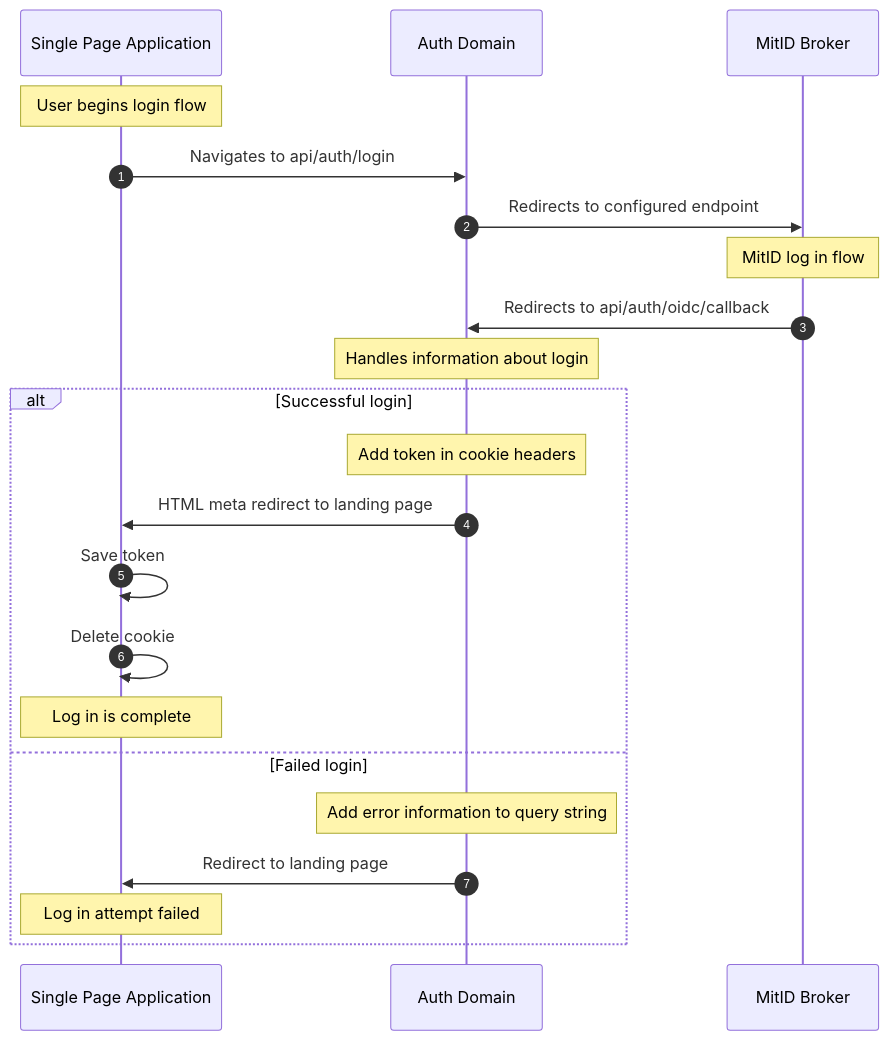
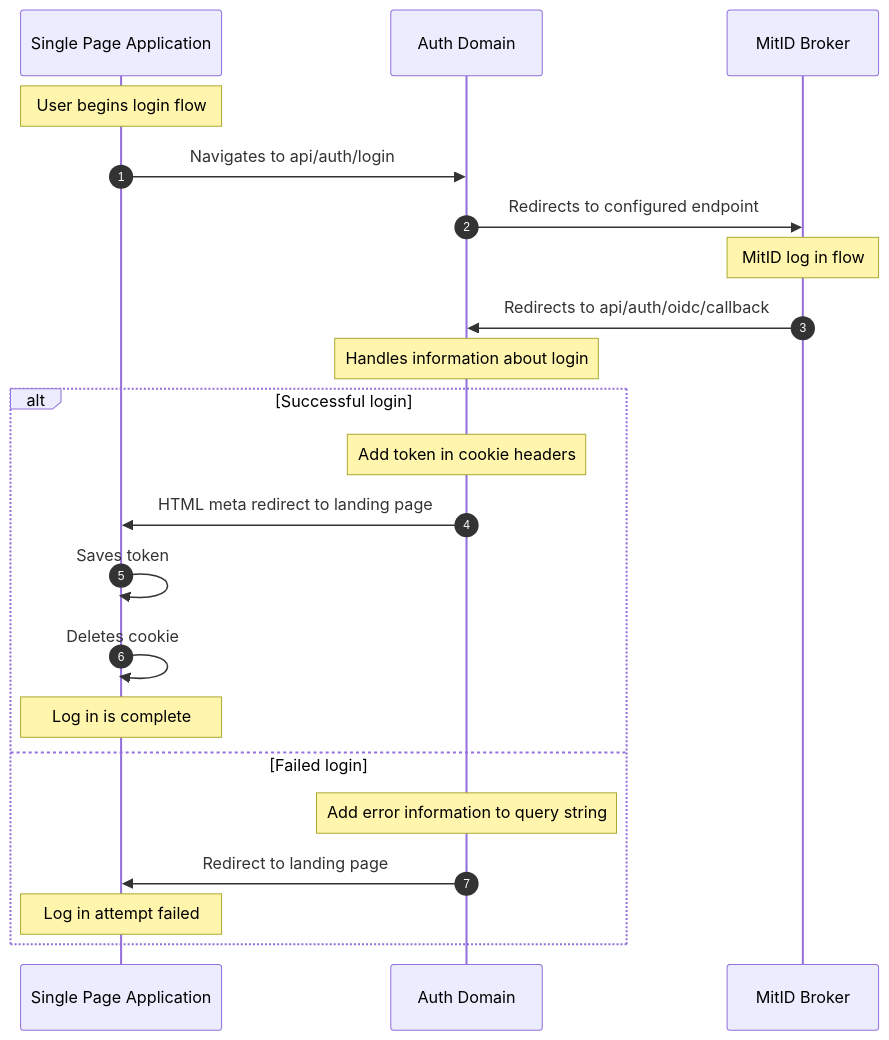
The first of 2 diagrams in doc/architecture/domains/auth.md (Energinet-DataHub/energy-origin), drawn with Mermaid before and after one commit. The commit also changed other lines of this file, not shown here.

````diff
--- a/doc/architecture/domains/auth.md
+++ b/doc/architecture/domains/auth.md
@@ -42,25 +42,25 @@
 ```mermaid
 sequenceDiagram
   autonumber
   participant spa as Single Page Application
   participant auth as Auth Domain
   participant broker as MitID Broker
 
   Note over spa: User begins login flow
   spa->>auth: Navigates to api/auth/login
   auth->>broker: Redirects to configured endpoint
   Note over broker: MitID log in flow
   broker->>auth: Redirects to api/auth/oidc/callback
   Note over auth: Handles information about login
   alt Successful login
     Note over auth: Add token in cookie headers
     auth->>spa: HTML meta redirect to landing page
-    spa->>spa: Save token
-    spa->>spa: Delete cookie
+    spa->>spa: Saves token
+    spa->>spa: Deletes cookie
     Note over spa: Log in is complete
   else Failed login
     Note over auth: Add error information to query string
     auth->>spa: Redirect to landing page
     Note over spa: Log in attempt failed
   end
 ```
````
